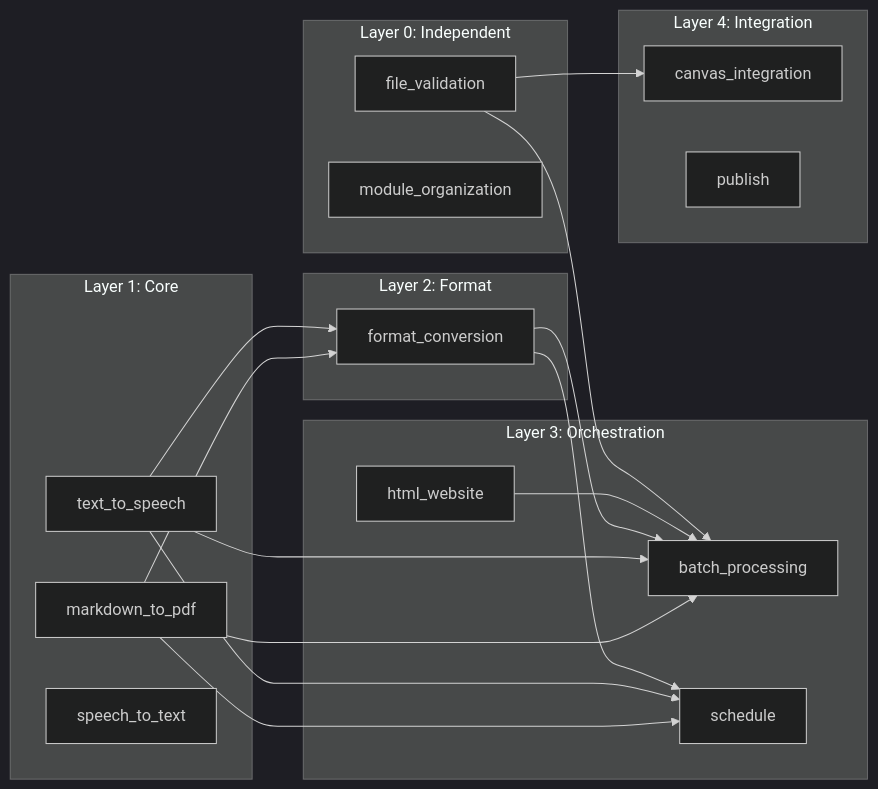
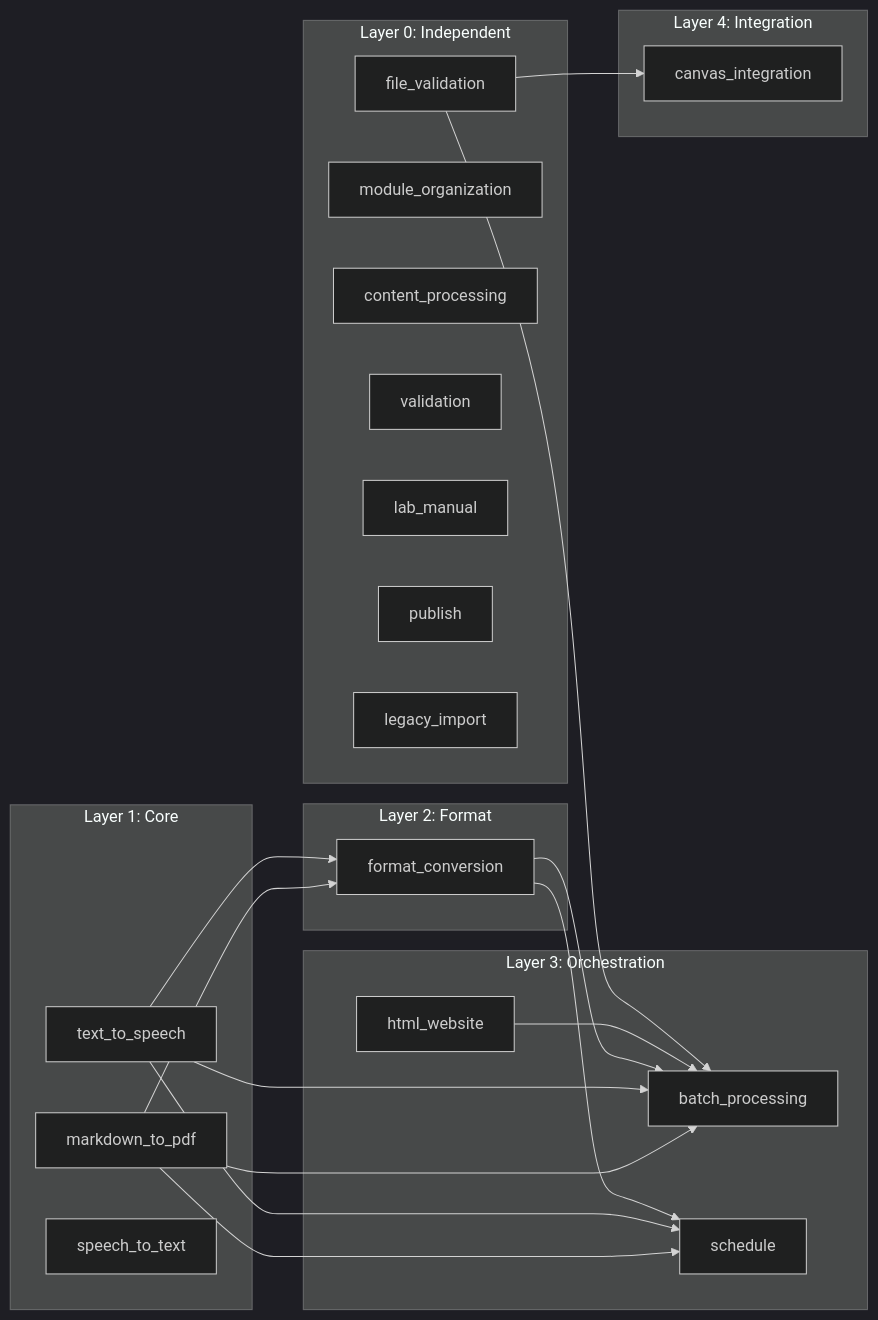
Before and after one commit to docxology/biol-1: the fourth of 4 diagrams in software/docs/ARCHITECTURE.md, drawn with Mermaid (dark theme). The commit also changed other lines of this file and 180 other files, not shown here.

````diff
--- a/software/docs/ARCHITECTURE.md
+++ b/software/docs/ARCHITECTURE.md
@@ -194,43 +194,48 @@
 ```mermaid
 graph LR
     subgraph layer0[Layer 0: Independent]
         FV["file_validation"]
         MO["module_organization"]
+        CP["content_processing"]
+        VAL["validation"]
+        LM["lab_manual"]
+        PUB["publish"]
+        LI["legacy_import"]
     end
 
     subgraph layer1[Layer 1: Core]
         M2P["markdown_to_pdf"]
         TTS["text_to_speech"]
         STT["speech_to_text"]
     end
 
     subgraph layer2[Layer 2: Format]
         FC["format_conversion"]
     end
 
     subgraph layer3[Layer 3: Orchestration]
         BP["batch_processing"]
         HW["html_website"]
         SCH["schedule"]
     end
 
     subgraph layer4[Layer 4: Integration]
         CI["canvas_integration"]
         PUB["publish"]
     end
 
     M2P --> FC
     TTS --> FC
     
     M2P --> BP
     TTS --> BP
     FC --> BP
     HW --> BP
     
     M2P --> SCH
     TTS --> SCH
     FC --> SCH
     
     FV --> BP
     FV --> CI
 ```
````
